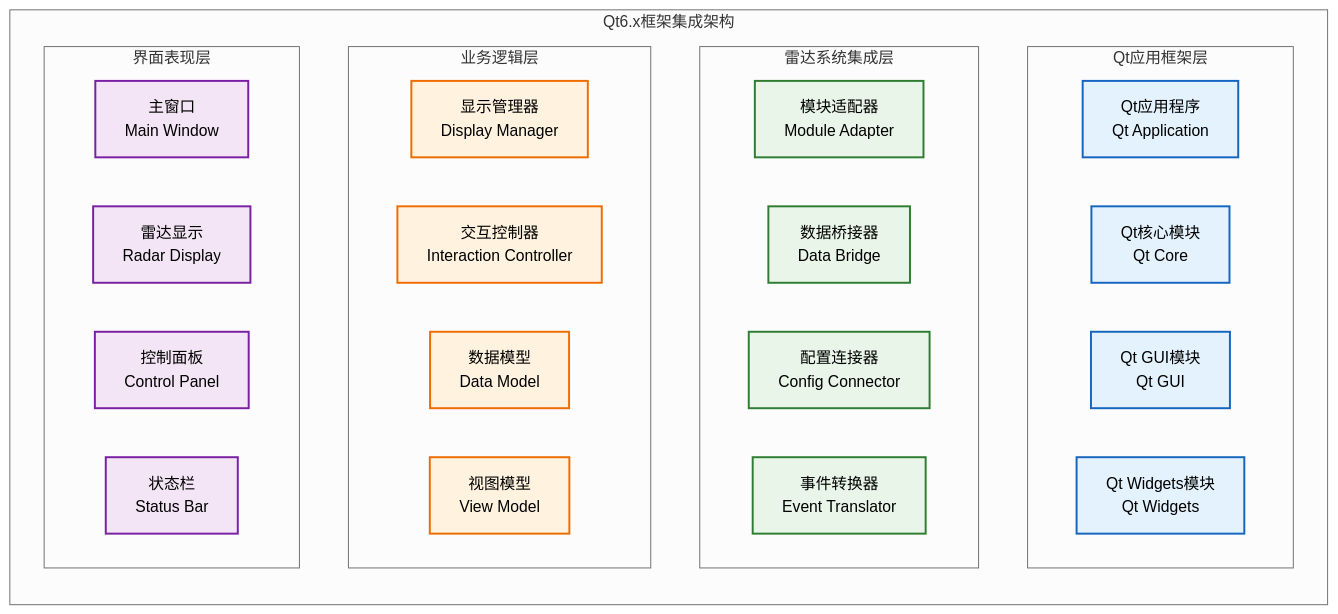
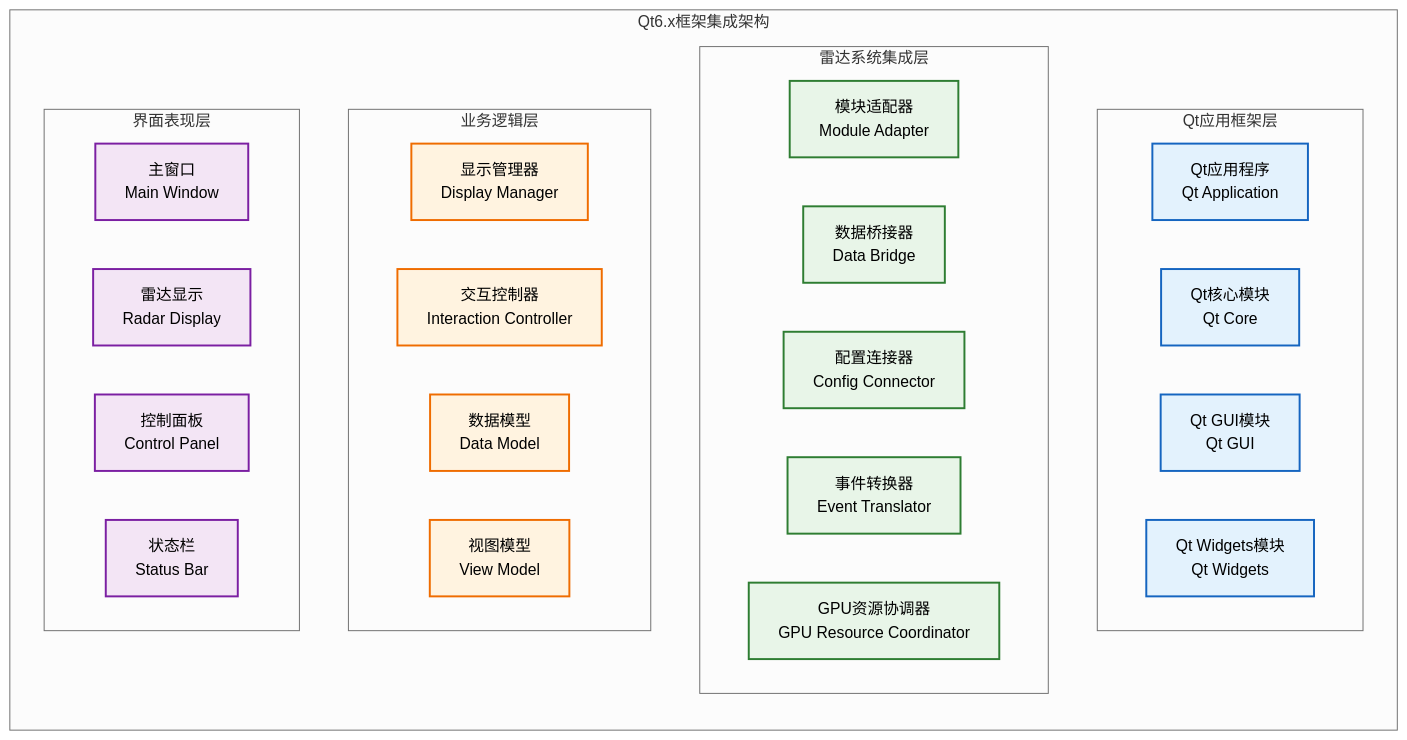
One commit to wendizhou99-cell/Radar changed the second of 21 diagrams in docs/01_项目设计/02_模块设计/04_显控接口模块设计.md. Above: the diagram before and after it, drawn with Mermaid (neutral theme). The commit also changed other lines of this file and 7 other files, not shown here.

````diff
--- a/docs/01_项目设计/02_模块设计/04_显控接口模块设计.md
+++ b/docs/01_项目设计/02_模块设计/04_显控接口模块设计.md
@@ -139,47 +156,48 @@
 ```mermaid
 flowchart TB
     subgraph "Qt6.x框架集成架构"
         direction TB
 
         subgraph "Qt应用框架层"
             QT_APPLICATION[Qt应用程序<br/>Qt Application]
             QT_CORE[Qt核心模块<br/>Qt Core]
             QT_GUI[Qt GUI模块<br/>Qt GUI]
             QT_WIDGETS[Qt Widgets模块<br/>Qt Widgets]
         end
 
         subgraph "雷达系统集成层"
             MODULE_ADAPTER[模块适配器<br/>Module Adapter]
             DATA_BRIDGE[数据桥接器<br/>Data Bridge]
             CONFIG_CONNECTOR[配置连接器<br/>Config Connector]
             EVENT_TRANSLATOR[事件转换器<br/>Event Translator]
+            GPU_COORDINATOR[GPU资源协调器<br/>GPU Resource Coordinator]
         end
 
         subgraph "业务逻辑层"
             DISPLAY_MANAGER[显示管理器<br/>Display Manager]
             INTERACTION_CONTROLLER[交互控制器<br/>Interaction Controller]
             DATA_MODEL[数据模型<br/>Data Model]
             VIEW_MODEL[视图模型<br/>View Model]
         end
 
         subgraph "界面表现层"
             MAIN_WINDOW[主窗口<br/>Main Window]
             RADAR_DISPLAY[雷达显示<br/>Radar Display]
             CONTROL_PANEL[控制面板<br/>Control Panel]
             STATUS_BAR[状态栏<br/>Status Bar]
         end
 
         %% 集成流程
 
     end
 
     classDef qt fill:#e3f2fd,stroke:#1565c0,stroke-width:2px
     classDef integration fill:#e8f5e8,stroke:#2e7d32,stroke-width:2px
     classDef business fill:#fff3e0,stroke:#ef6c00,stroke-width:2px
     classDef ui fill:#f3e5f5,stroke:#7b1fa2,stroke-width:2px
 
     class QT_APPLICATION,QT_CORE,QT_GUI,QT_WIDGETS qt
-    class MODULE_ADAPTER,DATA_BRIDGE,CONFIG_CONNECTOR,EVENT_TRANSLATOR integration
+    class MODULE_ADAPTER,DATA_BRIDGE,CONFIG_CONNECTOR,EVENT_TRANSLATOR,GPU_COORDINATOR integration
     class DISPLAY_MANAGER,INTERACTION_CONTROLLER,DATA_MODEL,VIEW_MODEL business
     class MAIN_WINDOW,RADAR_DISPLAY,CONTROL_PANEL,STATUS_BAR ui
 ```
````
